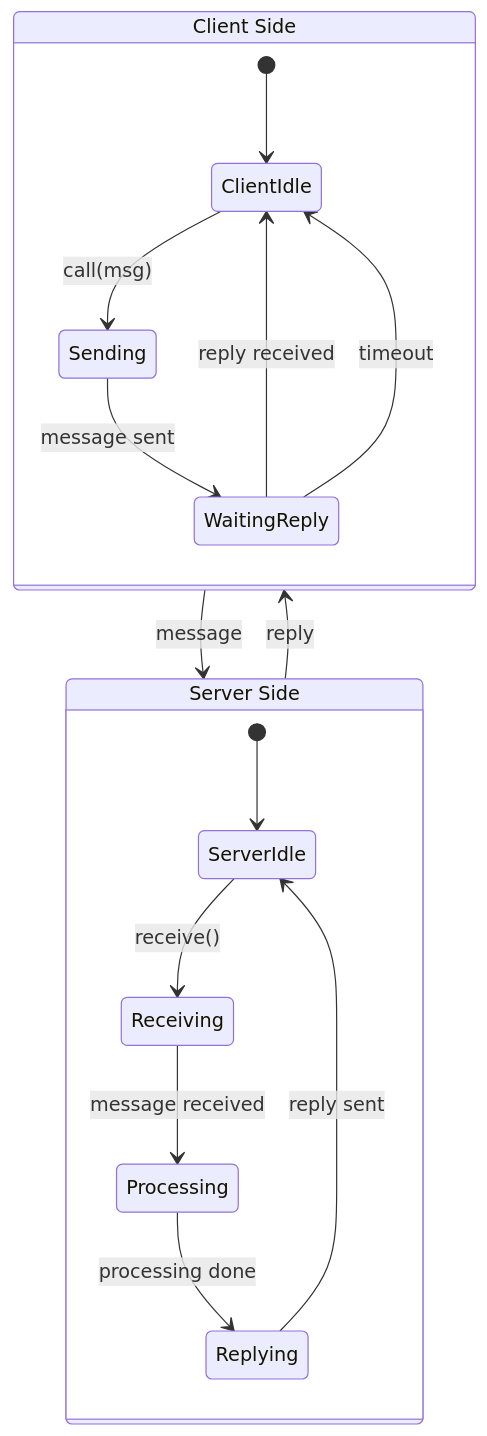
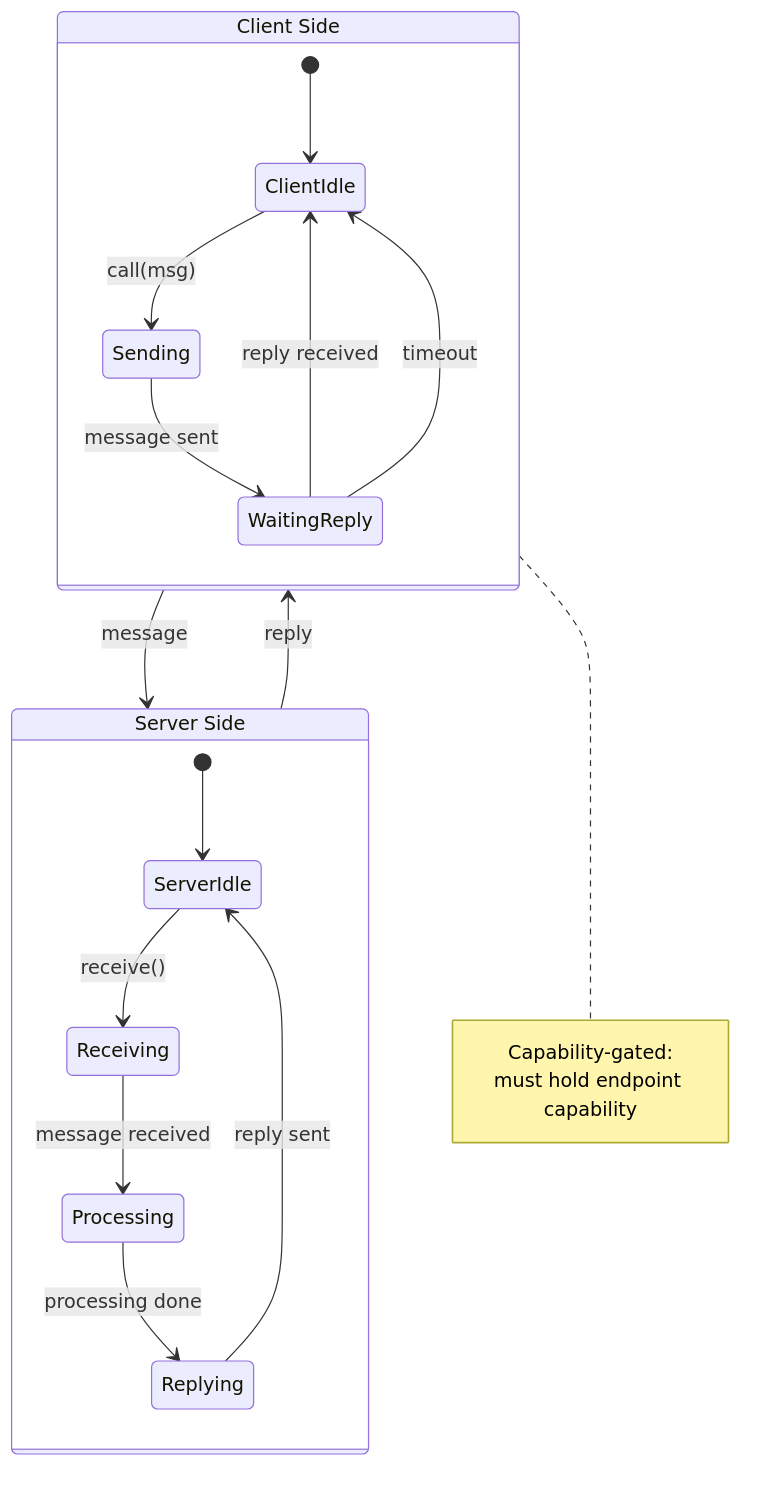
One commit to cypher-asi/zero-os changed the tenth of 18 diagrams in docs/diagrams/state-machines.md. Above: the diagram before and after it, drawn with Mermaid. The commit also changed other lines of this file and 24 other files, not shown here.

````diff
--- a/docs/diagrams/state-machines.md
+++ b/docs/diagrams/state-machines.md
@@ -384,21 +501,26 @@
 ```mermaid
 stateDiagram-v2
     state "Client Side" as client {
         [*] --> ClientIdle
         ClientIdle --> Sending: call(msg)
         Sending --> WaitingReply: message sent
         WaitingReply --> ClientIdle: reply received
         WaitingReply --> ClientIdle: timeout
     }
     
     state "Server Side" as server {
         [*] --> ServerIdle
         ServerIdle --> Receiving: receive()
         Receiving --> Processing: message received
         Processing --> Replying: processing done
         Replying --> ServerIdle: reply sent
     }
     
     client --> server: message
     server --> client: reply
+    
+    note right of client
+        Capability-gated:
+        must hold endpoint capability
+    end note
 ```
````
